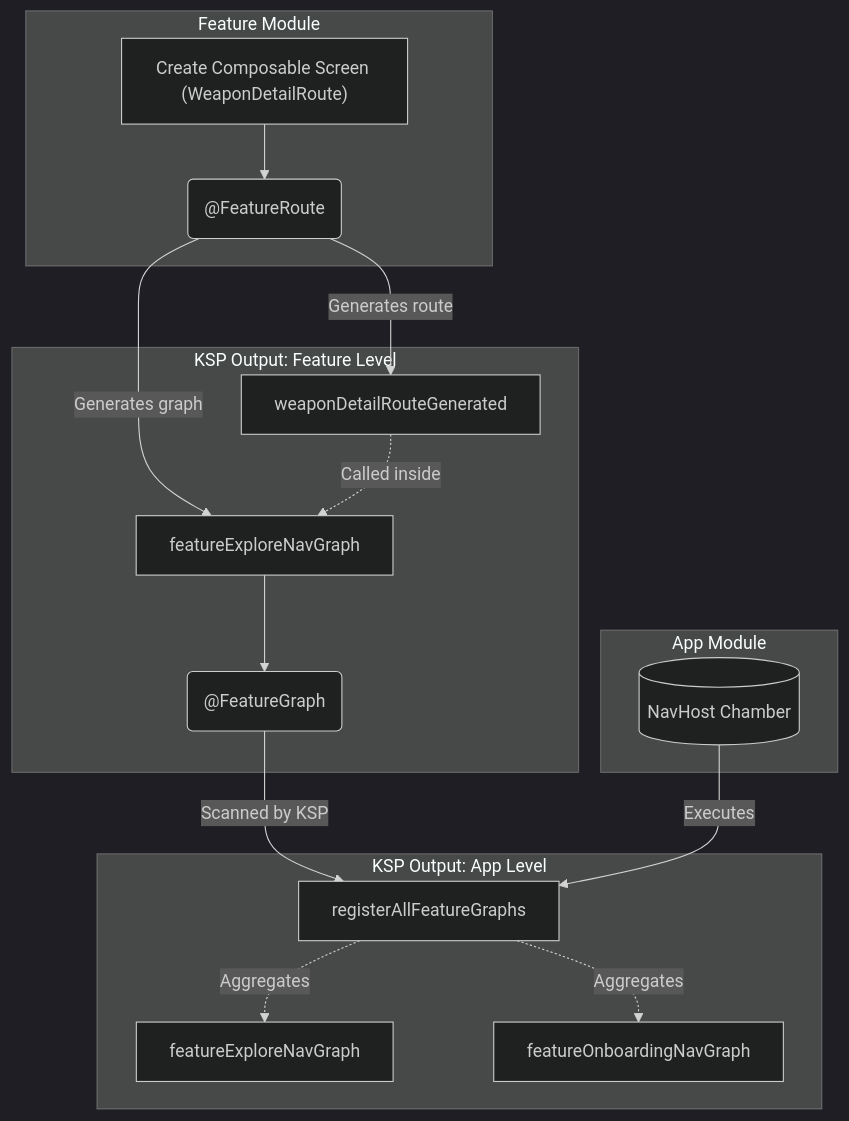
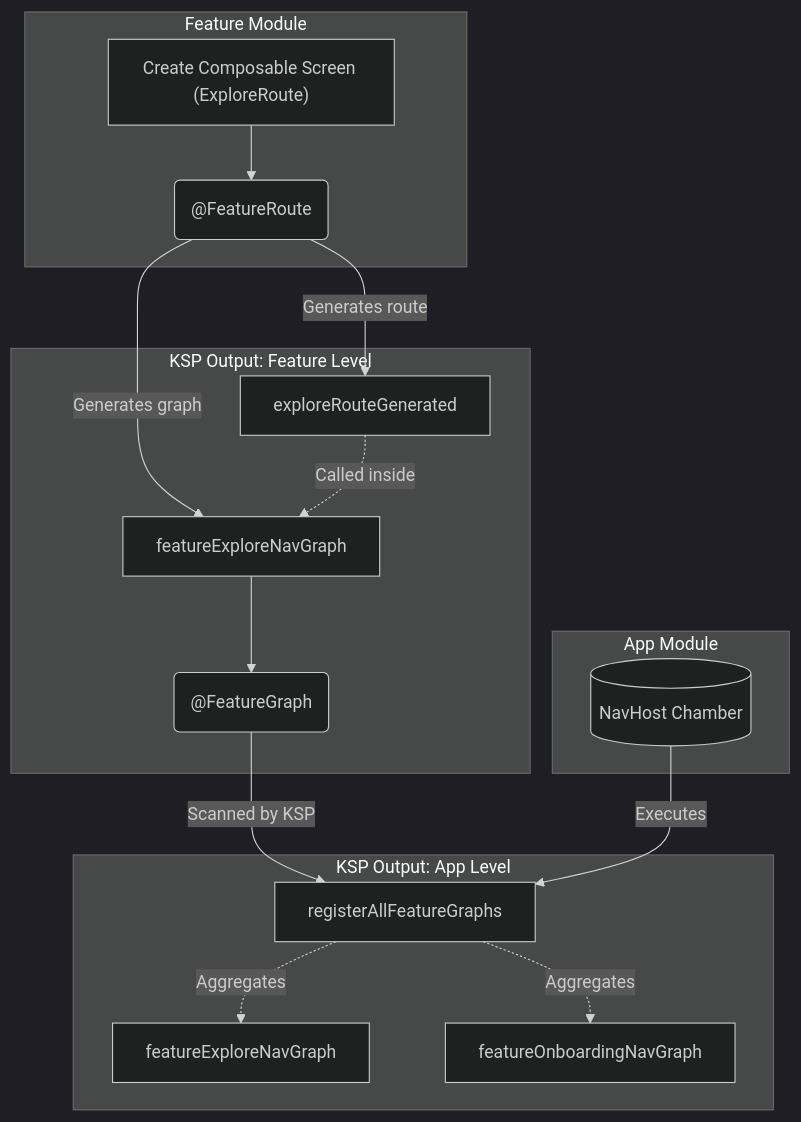
Before and after one commit to BeneranSeptian/Urithiru: the second of 2 diagrams in README.md, drawn with Mermaid (dark theme). The commit also changed other lines of this file and 16 other files, not shown here.

````diff
--- a/README.md
+++ b/README.md
@@ -106,23 +152,23 @@
 ```mermaid
 flowchart TD
     subgraph FeatureModule ["Feature Module"]
-        A["Create Composable Screen (WeaponDetailRoute)"] --> B("@FeatureRoute")
+        A["Create Composable Screen (ExploreRoute)"] --> B("@FeatureRoute")
     end
 
     subgraph KSPFeature ["KSP Output: Feature Level"]
-        B -->|Generates route| C[weaponDetailRouteGenerated]
+        B -->|Generates route| C[exploreRouteGenerated]
         B -->|Generates graph| D[featureExploreNavGraph]
         C -.->|Called inside| D
         D --> E("@FeatureGraph")
     end
 
     subgraph KSPApp ["KSP Output: App Level"]
         E -->|Scanned by KSP| F[registerAllFeatureGraphs]
         F -.->|Aggregates| G[featureExploreNavGraph]
         F -.->|Aggregates| H[featureOnboardingNavGraph]
     end
 
     subgraph AppModule ["App Module"]
         I[(NavHost Chamber)] -->|Executes| F
     end
 ```
````
